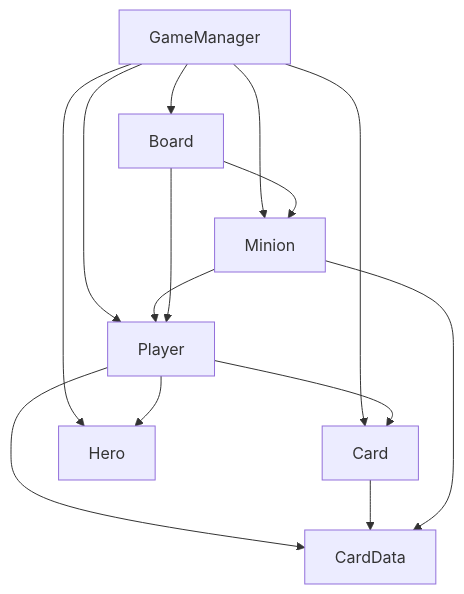
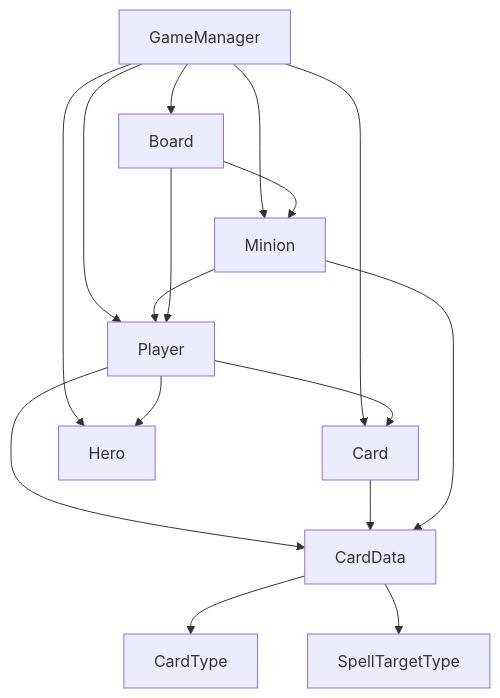
Before and after one commit to ZHStatic/HearthstoneClone: the first of 9 diagrams in Docs/02_CoreArchitecture.md, drawn with Mermaid. The commit also changed other lines of this file and 7 other files, not shown here.

````diff
--- a/Docs/02_CoreArchitecture.md
+++ b/Docs/02_CoreArchitecture.md
@@ -308,20 +343,23 @@
 ```mermaid
 flowchart TD
     GameManager --> Player
     GameManager --> Board
     GameManager --> Card
     GameManager --> Minion
     GameManager --> Hero
 
     Player --> Hero
     Player --> Card
     Player --> CardData
 
     Card --> CardData
 
     Minion --> CardData
     Minion --> Player
 
     Board --> Player
     Board --> Minion
+
+    CardData --> CardType
+    CardData --> SpellTargetType
 ```
````
